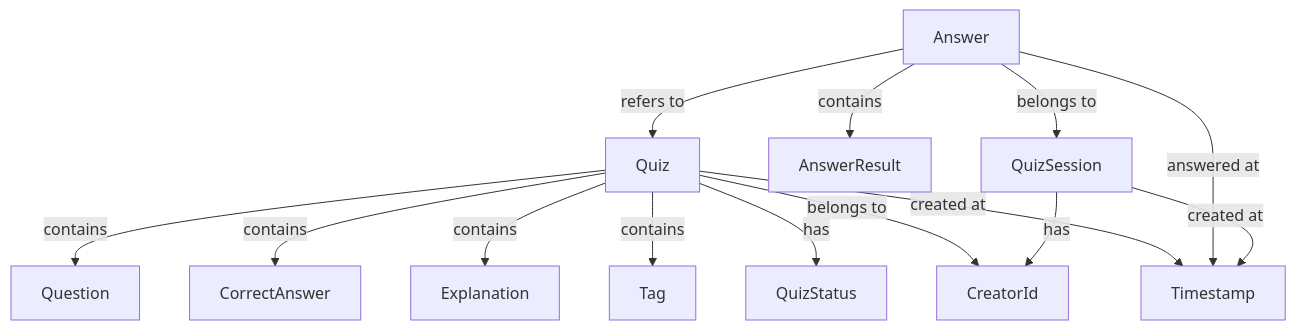
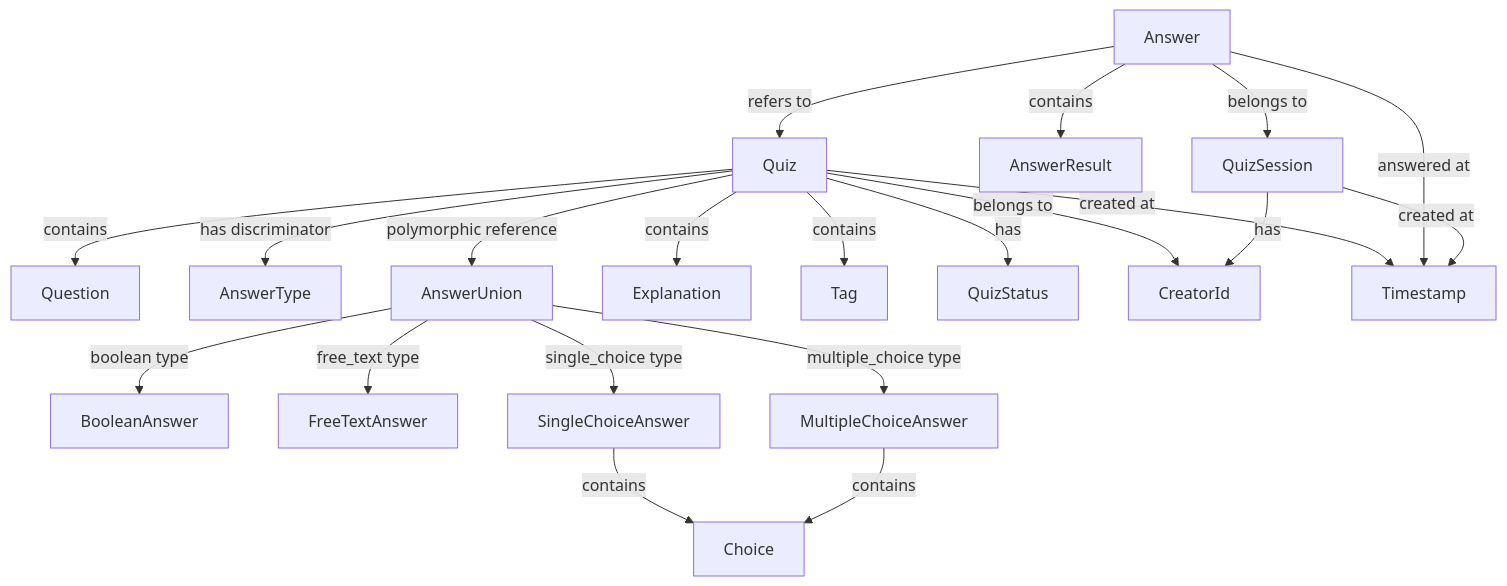
The diagram in docs/project/ddd-design/2.05_domain-object-extraction/domain-object-analysis.md (tanacchi/your-quiz), drawn with Mermaid before and after one commit. The commit also changed other lines of this file and 3 other files, not shown here.

Commit message:
Update ER

````diff
--- a/docs/project/ddd-design/2.05_domain-object-extraction/domain-object-analysis.md
+++ b/docs/project/ddd-design/2.05_domain-object-extraction/domain-object-analysis.md
@@ -77,18 +112,27 @@
 ```mermaid
 graph TB
     Quiz -->|contains| Question
-    Quiz -->|contains| CorrectAnswer
+    Quiz -->|has discriminator| AnswerType
+    Quiz -->|polymorphic reference| AnswerUnion
     Quiz -->|contains| Explanation
     Quiz -->|contains| Tag
     Quiz -->|has| QuizStatus
     Quiz -->|belongs to| CreatorId
     Quiz -->|created at| Timestamp
+    
+    AnswerUnion -->|boolean type| BooleanAnswer
+    AnswerUnion -->|free_text type| FreeTextAnswer
+    AnswerUnion -->|single_choice type| SingleChoiceAnswer
+    AnswerUnion -->|multiple_choice type| MultipleChoiceAnswer
+    
+    SingleChoiceAnswer -->|contains| Choice
+    MultipleChoiceAnswer -->|contains| Choice
     
     Answer -->|refers to| Quiz
     Answer -->|contains| AnswerResult
     Answer -->|answered at| Timestamp
     Answer -->|belongs to| QuizSession
     
     QuizSession -->|has| CreatorId
     QuizSession -->|created at| Timestamp
 ```
````
